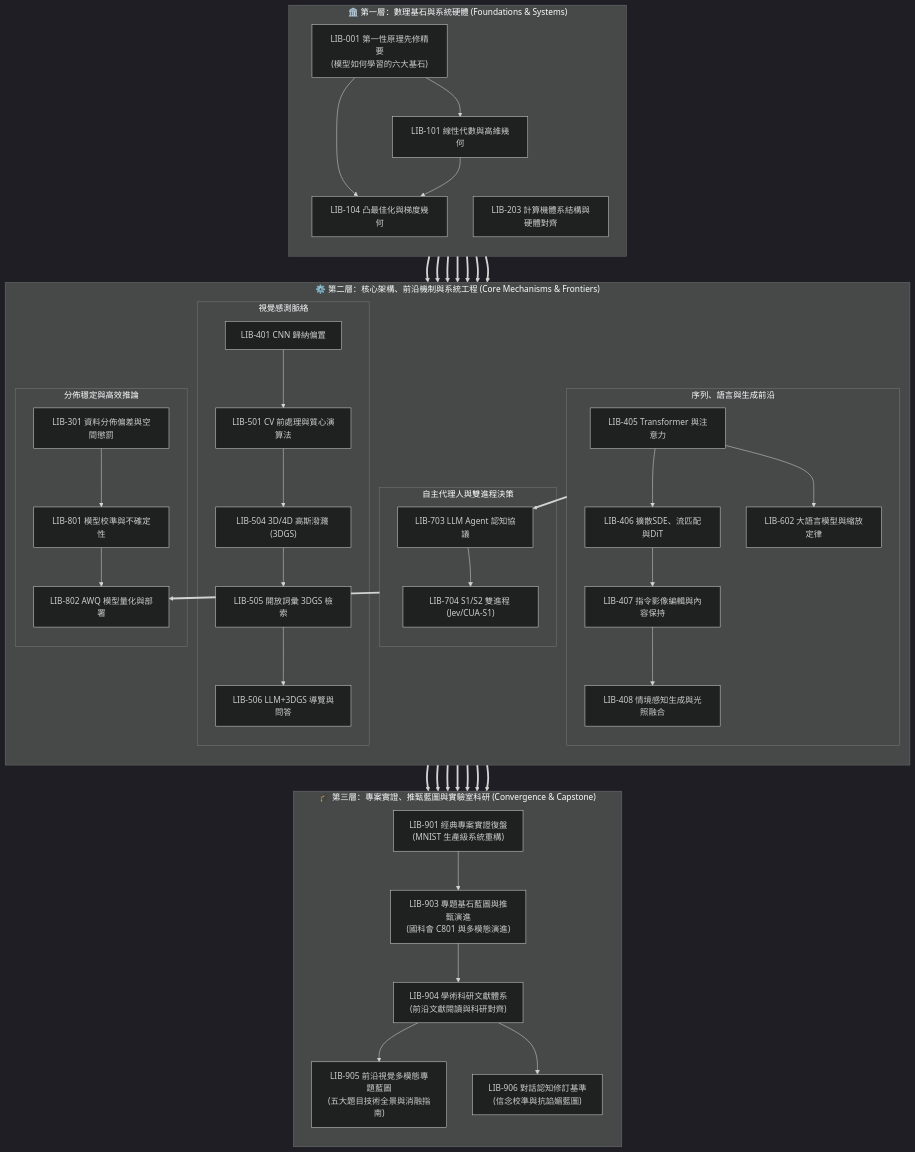
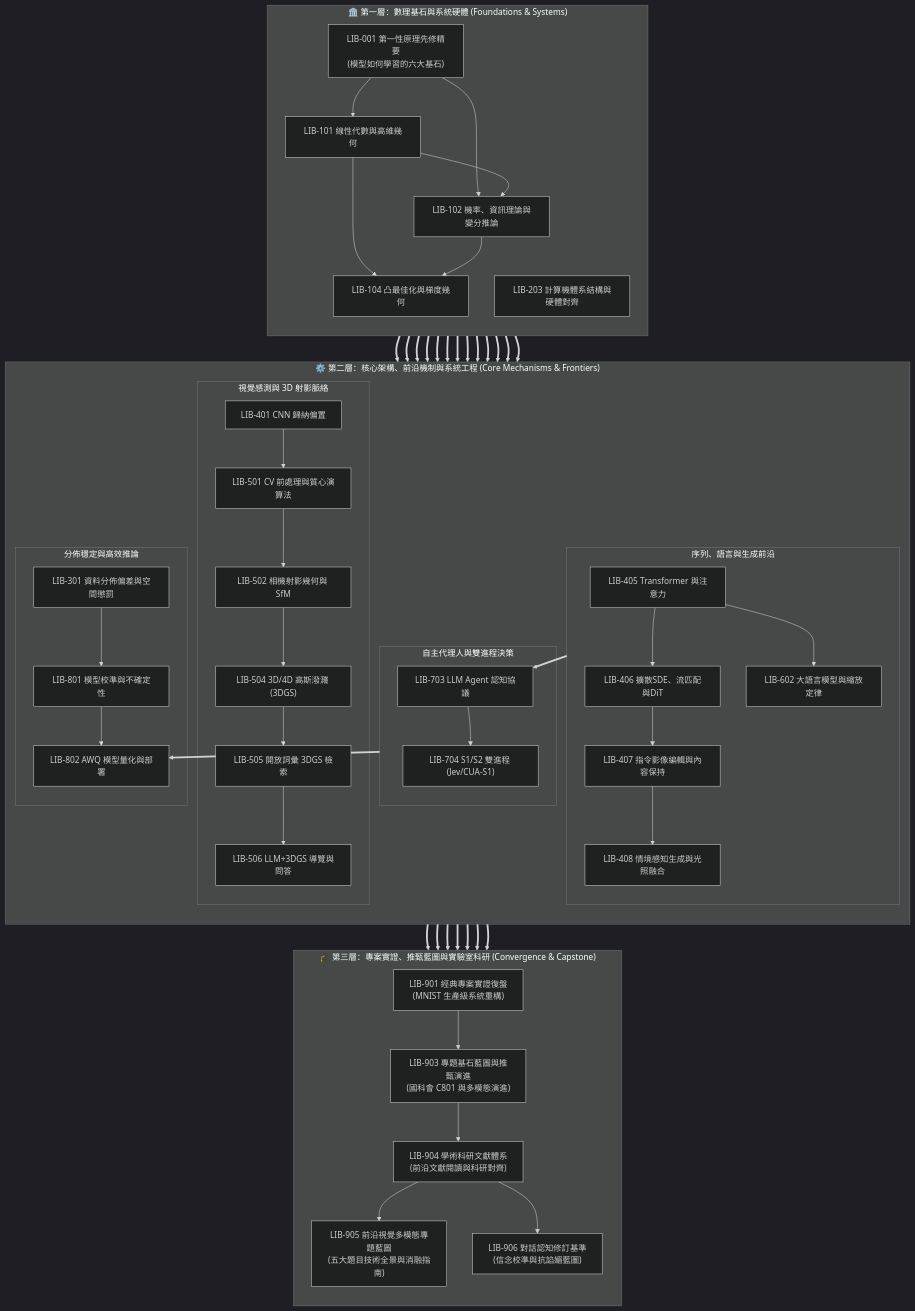
Before and after one commit to OPluke11-abula/library: the diagram in 00_總覽與拓樸導覽/LIB-000 圖書館總覽與拓樸導覽系統 (Grand Library Index & Navigator).md, drawn with Mermaid (dark theme). The commit also changed other lines of this file and 57 other files, not shown here.

```diff
--- a/00_總覽與拓樸導覽/LIB-000 圖書館總覽與拓樸導覽系統 (Grand Library Index & Navigator).md
+++ b/00_總覽與拓樸導覽/LIB-000 圖書館總覽與拓樸導覽系統 (Grand Library Index & Navigator).md
@@ -98,24 +98,29 @@
         direction TB
         LIB001["LIB-001 第一性原理先修精要<br/>(模型如何學習的六大基石)"]
         LIB101["LIB-101 線性代數與高維幾何"]
+        LIB102["LIB-102 機率、資訊理論與變分推論"]
         LIB104["LIB-104 凸最佳化與梯度幾何"]
         LIB203["LIB-203 計算機體系結構與硬體對齊"]
 
         LIB001 --> LIB101
-        LIB001 --> LIB104
+        LIB001 --> LIB102
+        LIB101 --> LIB102
         LIB101 --> LIB104
+        LIB102 --> LIB104
     end
 
     subgraph Tier2["⚙️ 第二層：核心架構、前沿機制與系統工程 (Core Mechanisms & Frontiers)"]
         direction TB
-        subgraph VisualAxis["視覺感測脈絡"]
+        subgraph VisualAxis["視覺感測與 3D 射影脈絡"]
             LIB401["LIB-401 CNN 歸納偏置"]
             LIB501["LIB-501 CV 前處理與質心演算法"]
+            LIB502["LIB-502 相機射影幾何與 SfM"]
             LIB504["LIB-504 3D/4D 高斯潑濺 (3DGS)"]
             LIB505["LIB-505 開放詞彙 3DGS 檢索"]
             LIB506["LIB-506 LLM+3DGS 導覽與問答"]
             LIB401 --> LIB501
-            LIB501 --> LIB504
+            LIB501 --> LIB502
+            LIB502 --> LIB504
             LIB504 --> LIB505
             LIB505 --> LIB506
         end
@@ -164,11 +169,17 @@
     %% 主幹跨層依賴鏈接 (Primary Cross-Tier Dependencies)
     LIB101 ==> LIB401
     LIB101 ==> LIB405
+    LIB101 ==> LIB502
+    LIB102 ==> LIB301
+    LIB102 ==> LIB406
+    LIB102 ==> LIB602
+    LIB102 ==> LIB801
     LIB203 ==> LIB401
     LIB203 ==> LIB405
     LIB203 ==> LIB802
     LIB104 ==> LIB602
     LIB104 ==> LIB406
+    LIB104 ==> LIB502
 
     VisualAxis ==> LIB901
     VisualAxis ==> LIB905
```
